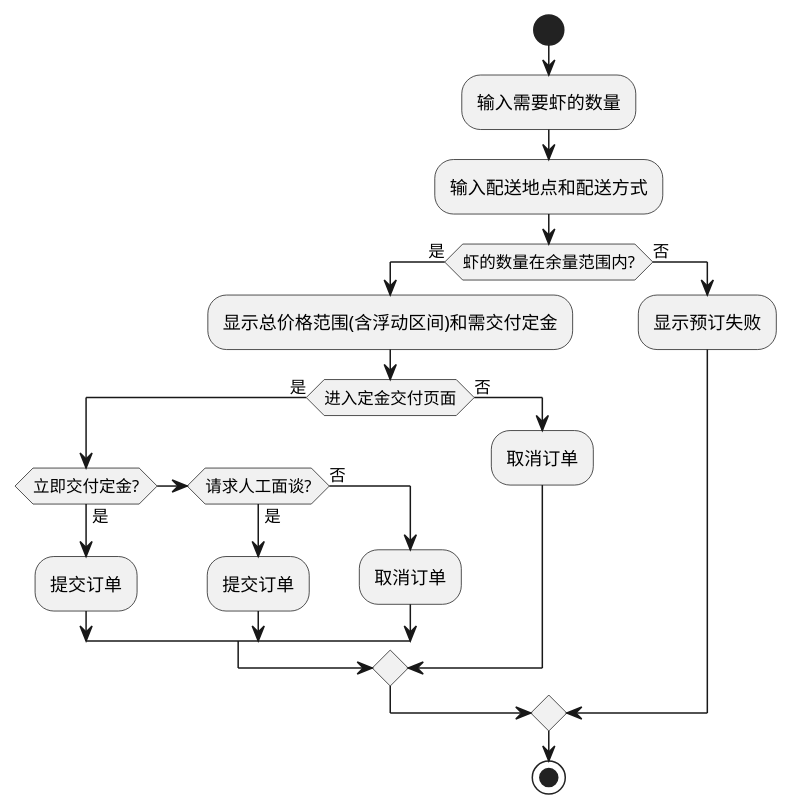
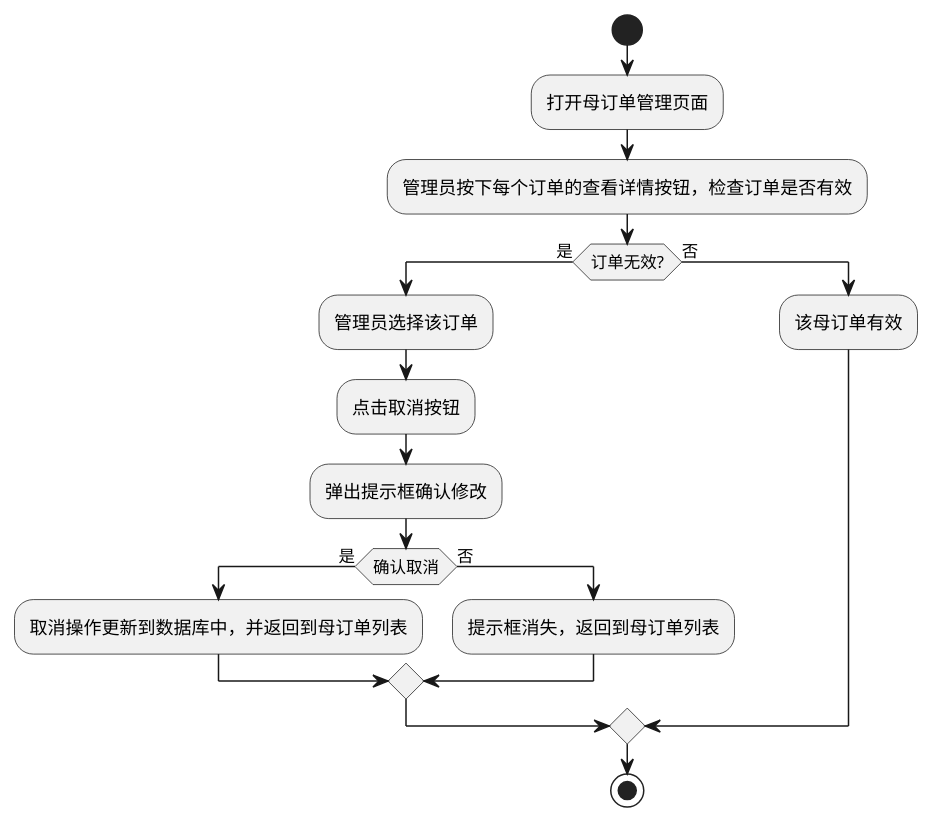
Before and after one commit to wwyf/Waterfall: the diagram in report/misc/figure_src/uc_sub/4_uc_admin_manage_mainOrder.puml, drawn with PlantUML. The commit also changed 1 other file, not shown here.

```diff
--- a/report/misc/figure_src/uc_sub/4_uc_admin_manage_mainOrder.puml
+++ b/report/misc/figure_src/uc_sub/4_uc_admin_manage_mainOrder.puml
@@ -1,24 +1,19 @@
 @startuml
 
 start
-:输入需要虾的数量;
-:输入配送地点和配送方式;
-if (虾的数量在余量范围内?) then (是)
-    :显示总价格范围(含浮动区间)和需交付定金;
-
-    if (进入定金交付页面) then (是)
-        if (立即交付定金?) then (是)
-            :提交订单;
-        elseif (请求人工面谈?) then (是)
-            :提交订单;
-        else (否)
-            :取消订单;
-        endif
-    else (否)
-        :取消订单;
+:打开母订单管理页面;
+:管理员按下每个订单的查看详情按钮，检查订单是否有效;
+if (订单无效?) then (是)
+    :管理员选择该订单;
+    :点击取消按钮;
+    :弹出提示框确认修改;
+    if (确认取消) then (是)
+        :取消操作更新到数据库中，并返回到母订单列表;
+    else (否);
+        :提示框消失，返回到母订单列表;
     endif
 else (否)
-    :显示预订失败;
+    :该母订单有效;
 endif
 stop
 @enduml
```
